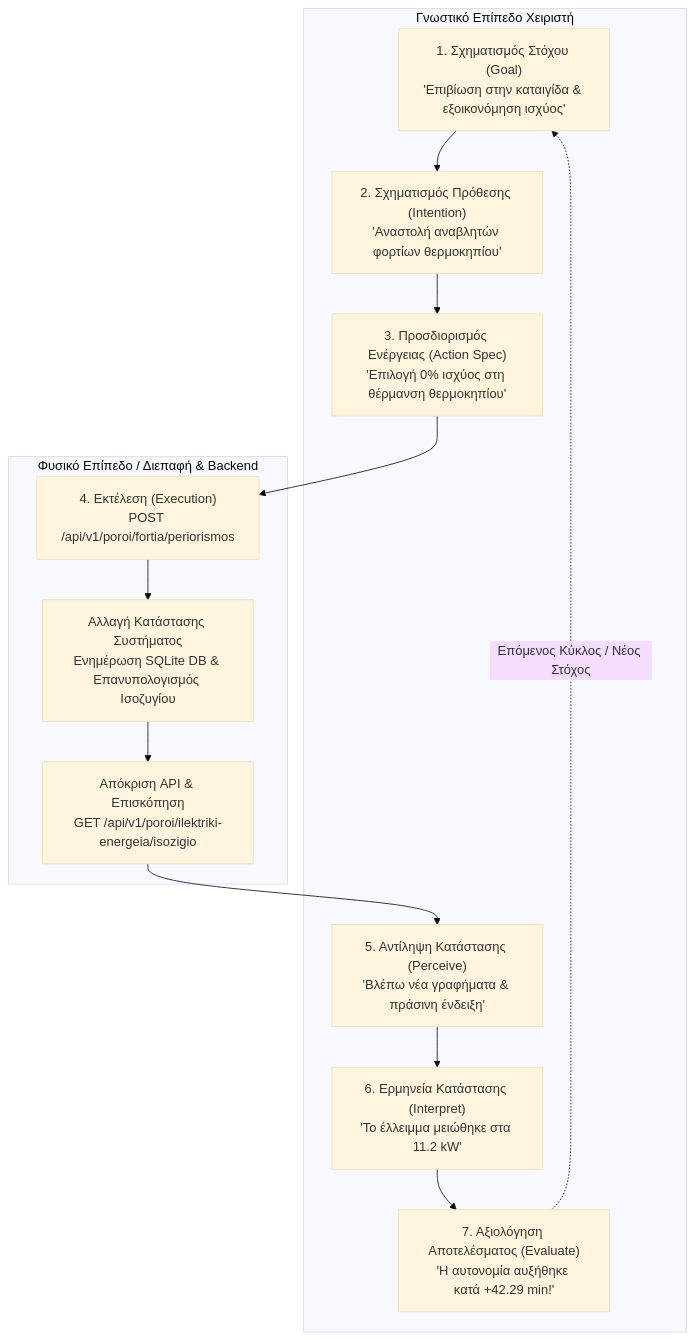
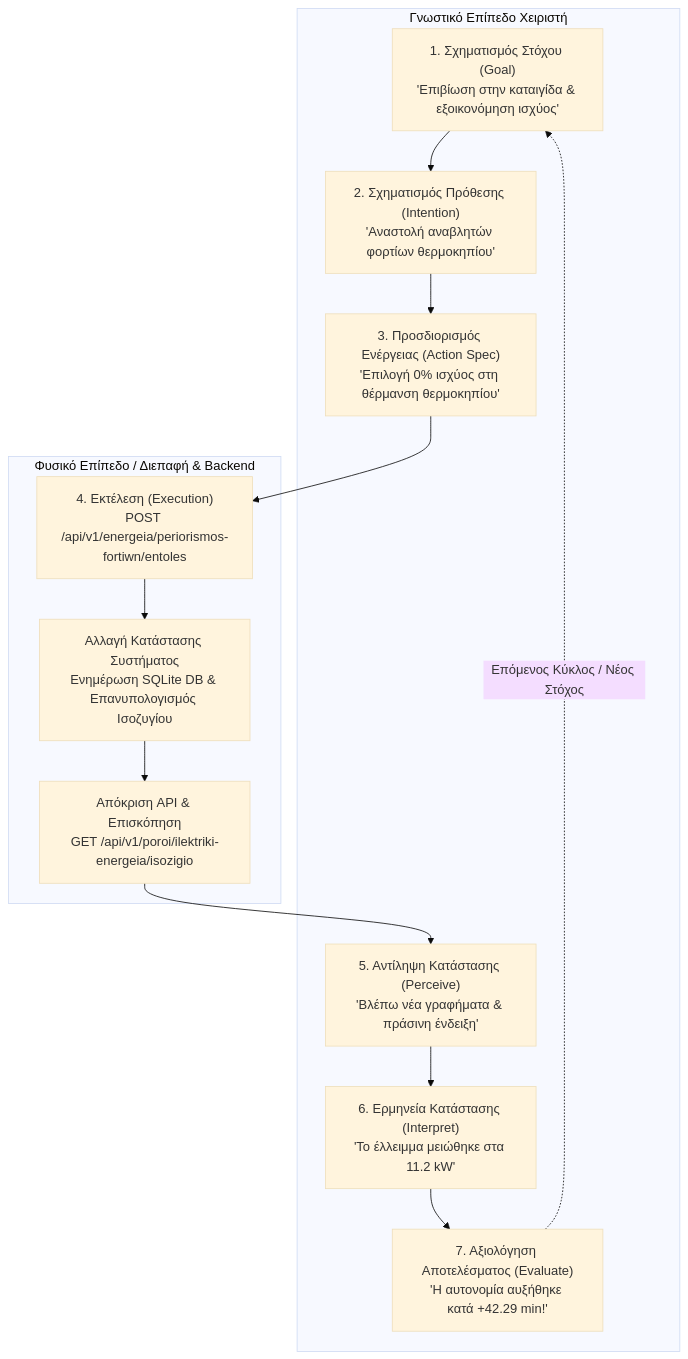
Before and after one commit to train-cell/smart-mars-colony: the first of 4 diagrams in docs/koino/antistoixisi-hta-norman-api.md, drawn with Mermaid (base theme). The commit also changed 4 other files, not shown here.

````diff
--- a/docs/koino/antistoixisi-hta-norman-api.md
+++ b/docs/koino/antistoixisi-hta-norman-api.md
@@ -9,27 +9,27 @@
 ```mermaid
 flowchart TD
     subgraph Mental["Γνωστικό Επίπεδο Χειριστή"]
         S1["1. Σχηματισμός Στόχου (Goal)<br/>'Επιβίωση στην καταιγίδα & εξοικονόμηση ισχύος'"]
         S2["2. Σχηματισμός Πρόθεσης (Intention)<br/>'Αναστολή αναβλητών φορτίων θερμοκηπίου'"]
         S3["3. Προσδιορισμός Ενέργειας (Action Spec)<br/>'Επιλογή 0% ισχύος στη θέρμανση θερμοκηπίου'"]
         S7["7. Αξιολόγηση Αποτελέσματος (Evaluate)<br/>'Η αυτονομία αυξήθηκε κατά +42.29 min!'"]
         S6["6. Ερμηνεία Κατάστασης (Interpret)<br/>'Το έλλειμμα μειώθηκε στα 11.2 kW'"]
         S5["5. Αντίληψη Κατάστασης (Perceive)<br/>'Βλέπω νέα γραφήματα & πράσινη ένδειξη'"]
     end
 
     subgraph Physical["Φυσικό Επίπεδο / Διεπαφή & Backend"]
-        S4["4. Εκτέλεση (Execution)<br/>POST /api/v1/poroi/fortia/periorismos"]
+        S4["4. Εκτέλεση (Execution)<br/>POST /api/v1/energeia/periorismos-fortiwn/entoles"]
         SysState["Αλλαγή Κατάστασης Συστήματος<br/>Ενημέρωση SQLite DB & Επανυπολογισμός Ισοζυγίου"]
         APIResp["Απόκριση API & Επισκόπηση<br/>GET /api/v1/poroi/ilektriki-energeia/isozigio"]
     end
 
     S1 --> S2
     S2 --> S3
     S3 --> S4
     S4 --> SysState
     SysState --> APIResp
     APIResp --> S5
     S5 --> S6
     S6 --> S7
     S7 -.->|Επόμενος Κύκλος / Νέος Στόχος| S1
 ```
````
